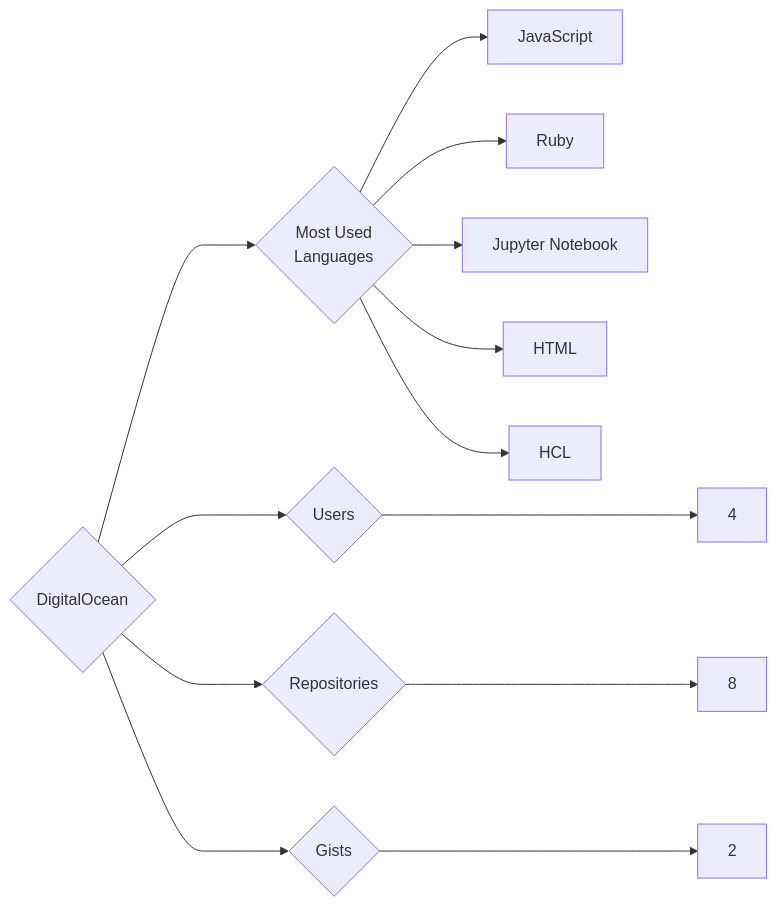
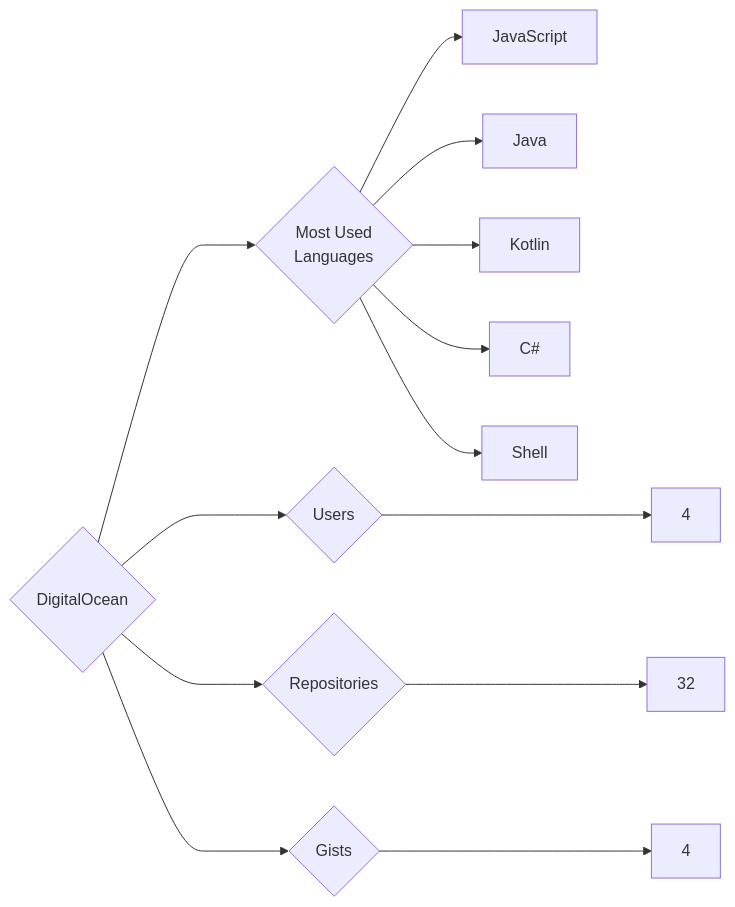
Before and after one commit to trickest/insiders: the diagram in targets/DigitalOcean/README.md, drawn with Mermaid. The commit also changed 938 other files, not shown here.

````diff
--- a/targets/DigitalOcean/README.md
+++ b/targets/DigitalOcean/README.md
@@ -3,13 +3,13 @@
 ```mermaid
 graph LR
 COMPANY_NAME{DigitalOcean}
 COMPANY_NAME ---> U{Users} ---> UN[4]
-COMPANY_NAME ---> R{Repositories} ---> RN[8]
-COMPANY_NAME ---> G{Gists} ---> GN[2]
+COMPANY_NAME ---> R{Repositories} ---> RN[32]
+COMPANY_NAME ---> G{Gists} ---> GN[4]
 COMPANY_NAME ---> ML{Most Used<br>Languages}
 ML --> JavaScript[JavaScript]
-ML --> Ruby[Ruby]
-ML --> Jupyter_Notebook[Jupyter Notebook]
-ML --> HTML[HTML]
-ML --> HCL[HCL]
+ML --> Java[Java]
+ML --> Kotlin[Kotlin]
+ML --> C#[C#]
+ML --> Shell[Shell]
 ```
````
